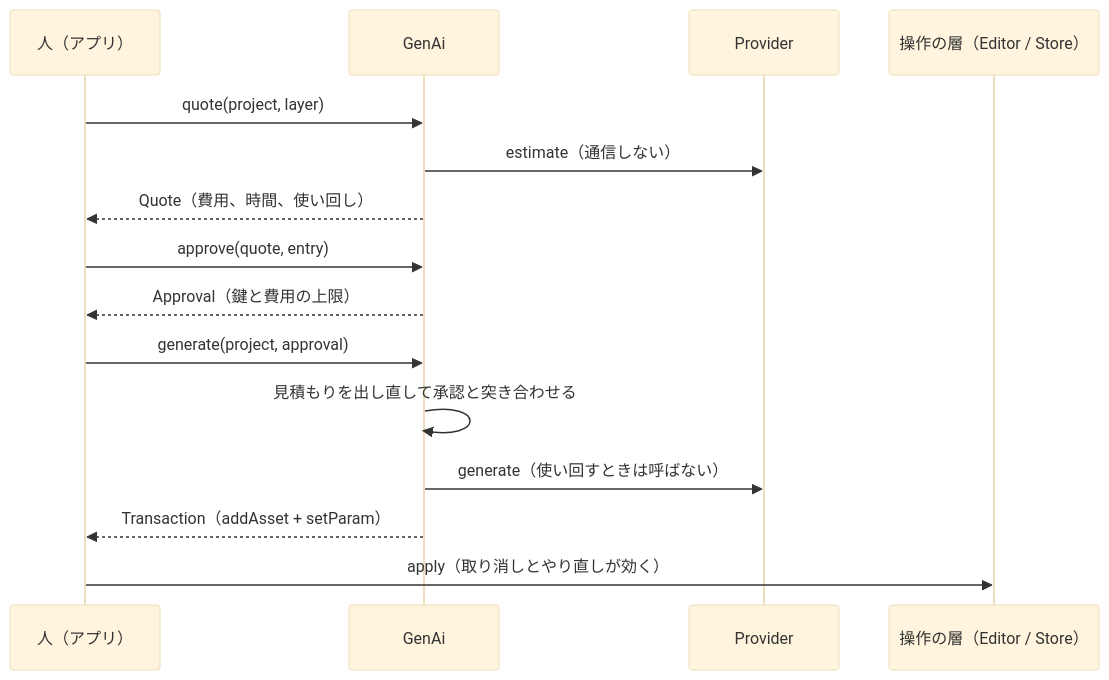
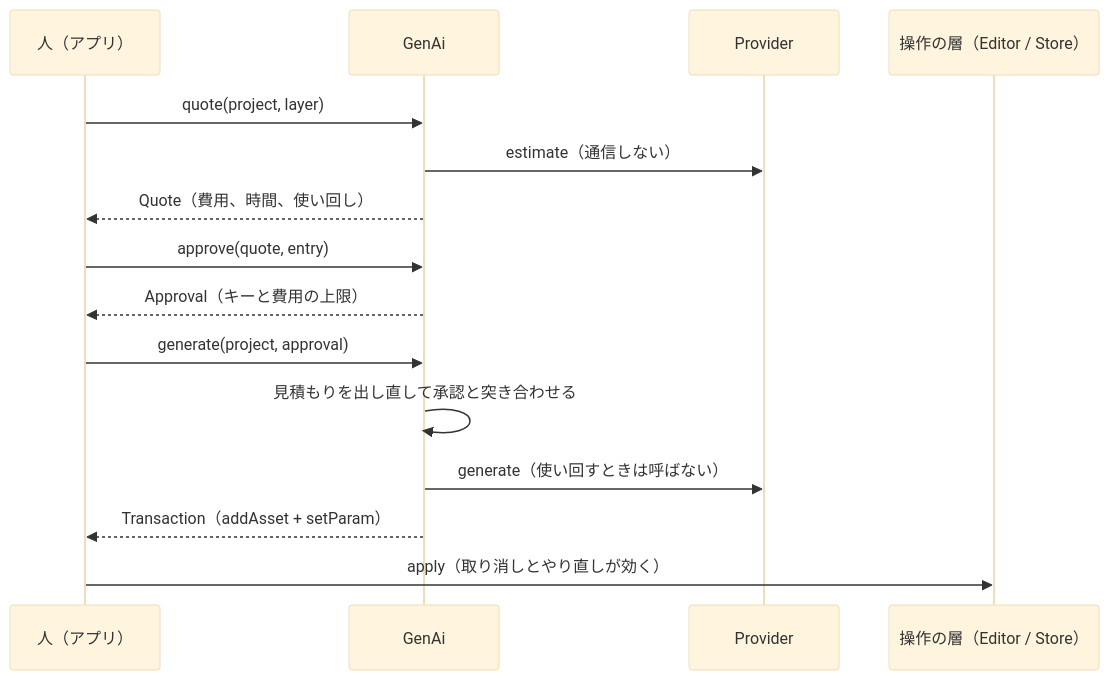
The diagram in movie-maker/crates/mm-nodes-genai/README.md (durun-lab/claude-marketplace), drawn with Mermaid (base theme) before and after one commit. The commit also changed other lines of this file and 80 other files, not shown here.

````diff
--- a/movie-maker/crates/mm-nodes-genai/README.md
+++ b/movie-maker/crates/mm-nodes-genai/README.md
@@ -22,17 +22,17 @@
 ```mermaid
 sequenceDiagram
   participant P as 人（アプリ）
   participant G as GenAi
   participant V as Provider
   participant E as 操作の層（Editor / Store）
   P->>G: quote(project, layer)
   G->>V: estimate（通信しない）
   G-->>P: Quote（費用、時間、使い回し）
   P->>G: approve(quote, entry)
-  G-->>P: Approval（鍵と費用の上限）
+  G-->>P: Approval（キーと費用の上限）
   P->>G: generate(project, approval)
   G->>G: 見積もりを出し直して承認と突き合わせる
   G->>V: generate（使い回すときは呼ばない）
   G-->>P: Transaction（addAsset + setParam）
   P->>E: apply（取り消しとやり直しが効く）
 ```
````
